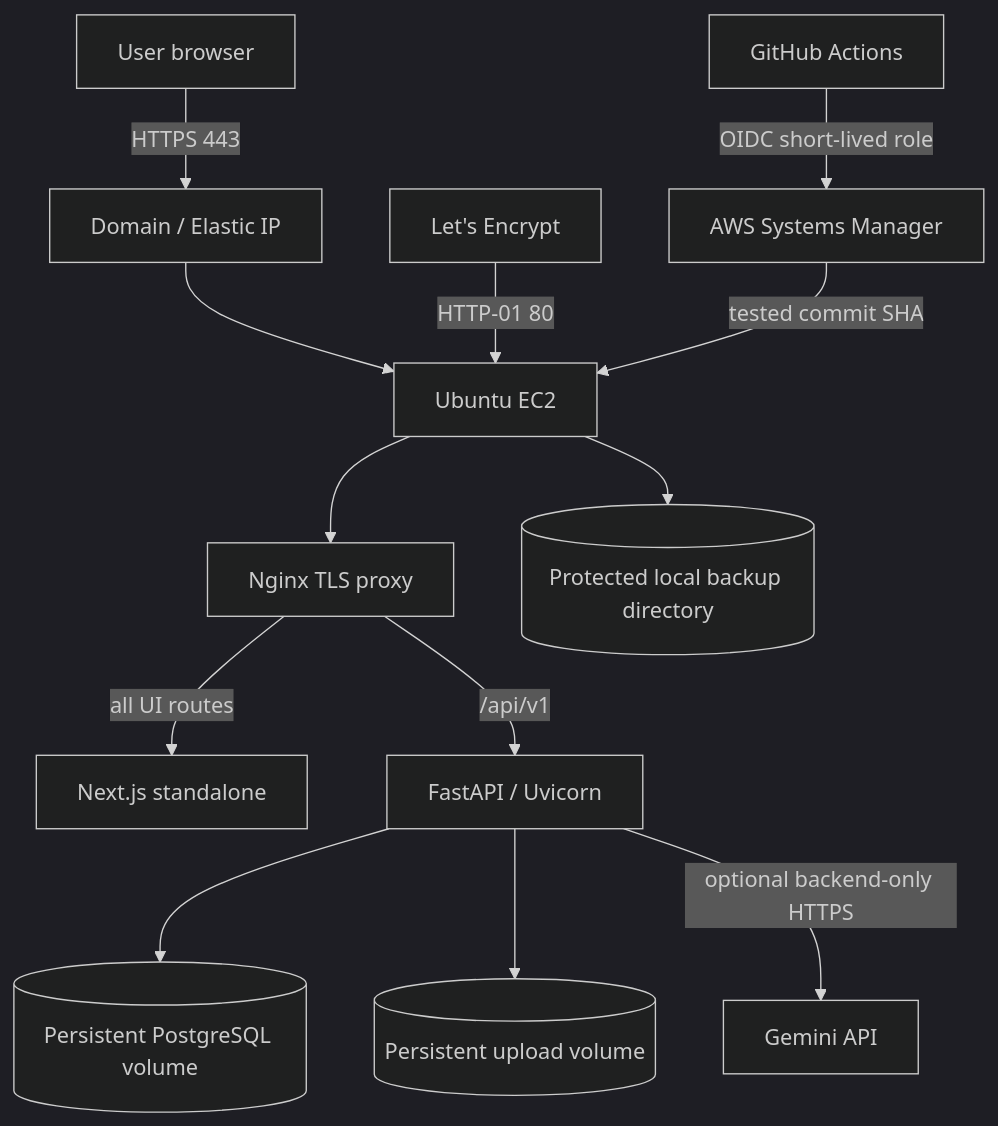
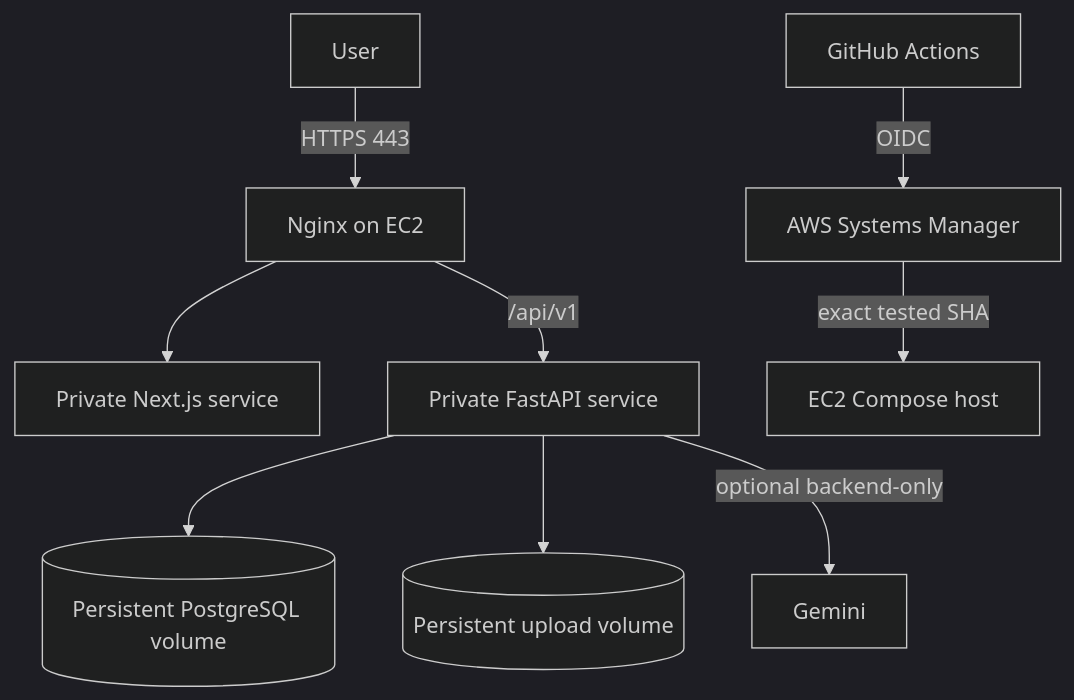
The sixth of 6 diagrams in docs/ARCHITECTURE.md (HirushaSipsara/certifylk), drawn with Mermaid (dark theme) before and after one commit. The commit also changed other lines of this file and 67 other files, not shown here.

````diff
--- a/docs/ARCHITECTURE.md
+++ b/docs/ARCHITECTURE.md
@@ -86,15 +134,11 @@
 ```mermaid
 flowchart TB
-  User[User browser] -->|HTTPS 443| DNS[Domain / Elastic IP]
-  DNS --> EC2[Ubuntu EC2]
-  LetsEncrypt[Let's Encrypt] -->|HTTP-01 80| EC2
-  EC2 --> Nginx[Nginx TLS proxy]
-  Nginx -->|all UI routes| Next[Next.js standalone]
-  Nginx -->|/api/v1| FastAPI[FastAPI / Uvicorn]
-  FastAPI --> PG[(Persistent PostgreSQL volume)]
-  FastAPI --> Uploads[(Persistent upload volume)]
-  FastAPI -->|optional backend-only HTTPS| Gemini[Gemini API]
-  GitHub[GitHub Actions] -->|OIDC short-lived role| AWS[AWS Systems Manager]
-  AWS -->|tested commit SHA| EC2
-  EC2 --> Backups[(Protected local backup directory)]
+  User -->|HTTPS 443| Nginx[Nginx on EC2]
+  Nginx --> Next[Private Next.js service]
+  Nginx -->|/api/v1| Fast[Private FastAPI service]
+  Fast --> PG[(Persistent PostgreSQL volume)]
+  Fast --> Uploads[(Persistent upload volume)]
+  Fast -->|optional backend-only| Gemini
+  Actions[GitHub Actions] -->|OIDC| SSM[AWS Systems Manager]
+  SSM -->|exact tested SHA| EC2[EC2 Compose host]
 ```
````
